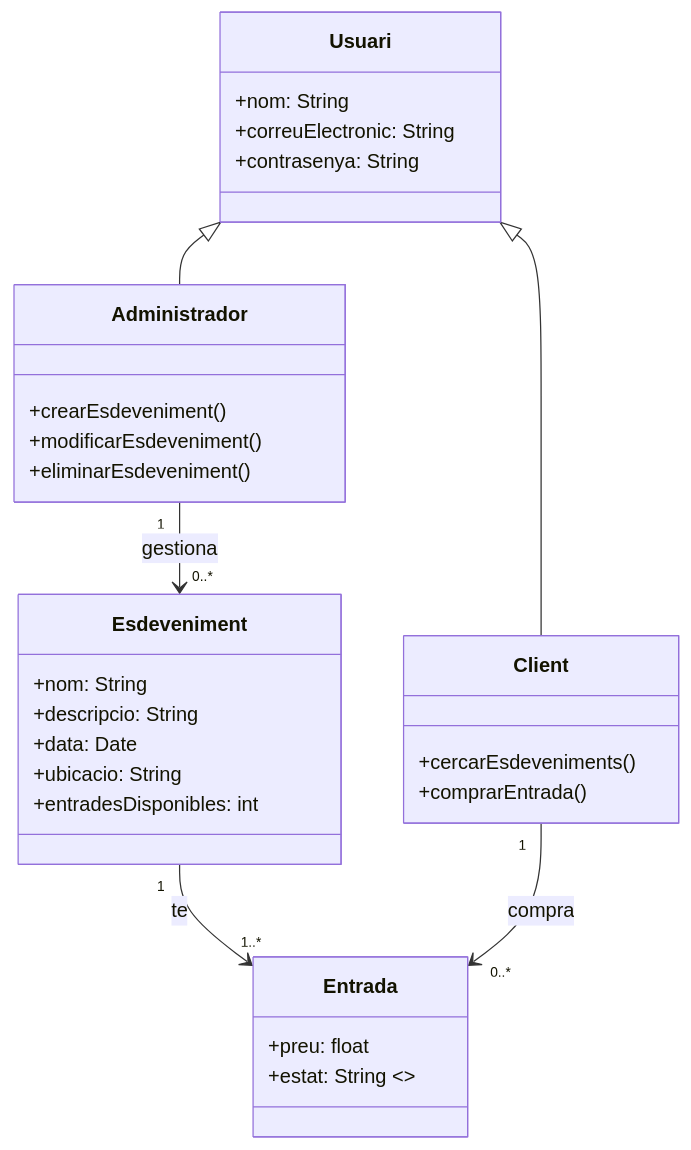
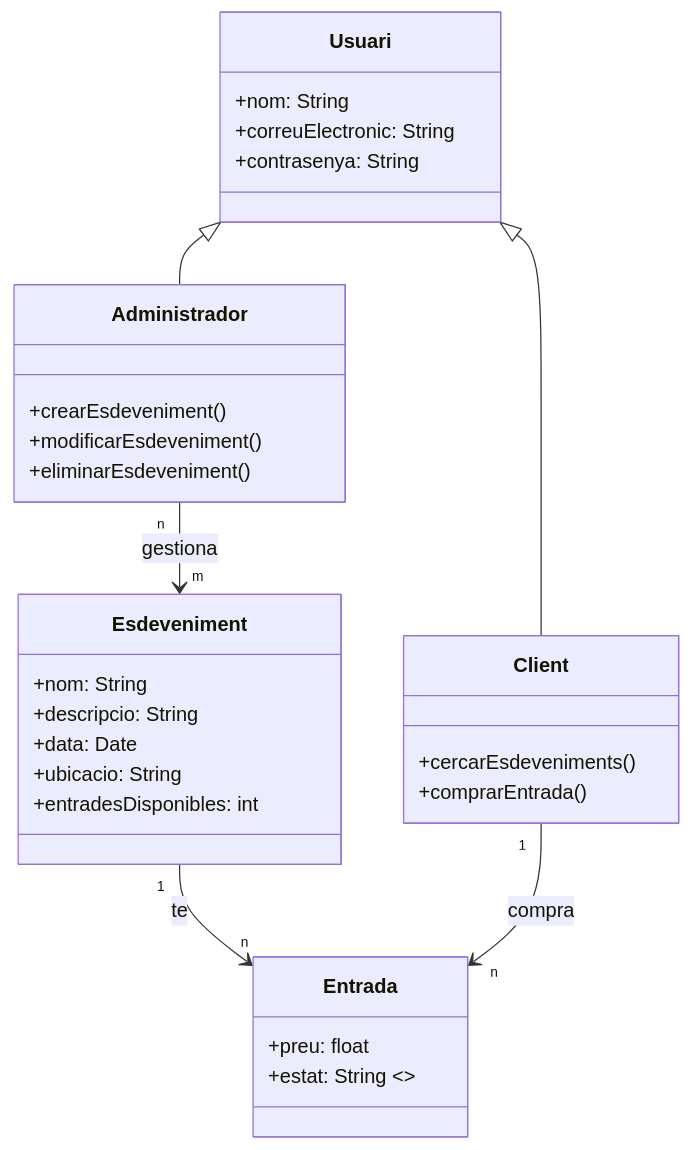
Before and after one commit to Heros190/Entorns-25-26: the diagram in Diagram3.mmd, drawn with Mermaid. The commit also changed 1 other file, not shown here.

```diff
--- a/Diagram3.mmd
+++ b/Diagram3.mmd
@@ -1,37 +1,37 @@
 classDiagram
     class Usuari {
         +nom: String
         +correuElectronic: String
         +contrasenya: String
     }
 
     class Client {
         +cercarEsdeveniments()
         +comprarEntrada()
     }
 
     class Administrador {
         +crearEsdeveniment()
         +modificarEsdeveniment()
         +eliminarEsdeveniment()
     }
 
     class Esdeveniment {
         +nom: String
         +descripcio: String
         +data: Date
         +ubicacio: String
         +entradesDisponibles: int
     }
 
     class Entrada {
         +preu: float
         +estat: String  <<Disponible | Venuda>>
     }
 
     Usuari <|-- Client
     Usuari <|-- Administrador
 
-    Administrador "1" --> "0..*" Esdeveniment : gestiona
-    Esdeveniment "1" --> "1..*" Entrada : te
-    Client "1" --> "0..*" Entrada : compra
+    Administrador "n" --> "m" Esdeveniment : gestiona
+    Esdeveniment "1" --> "n" Entrada : te
+    Client "1" --> "n" Entrada : compra
```
